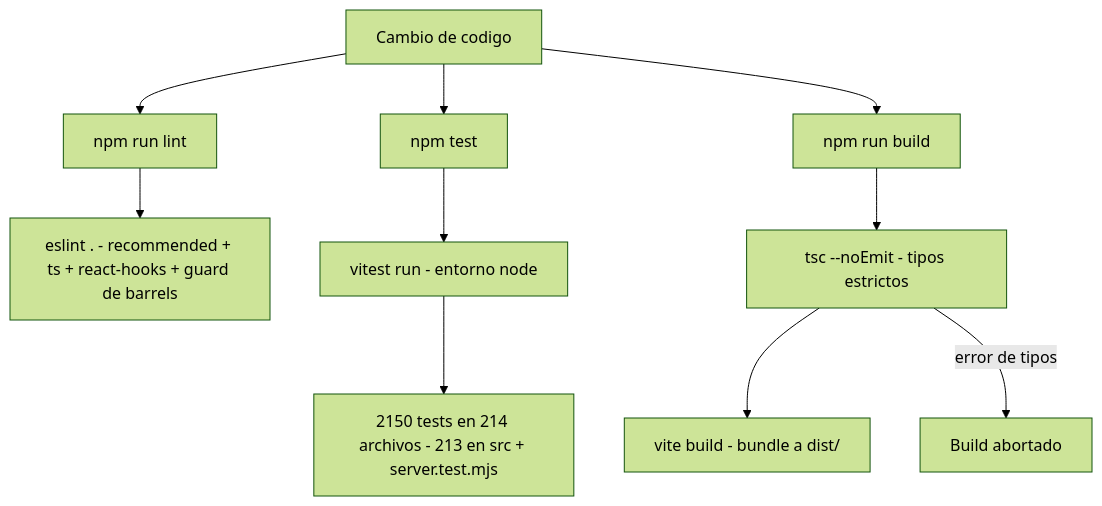
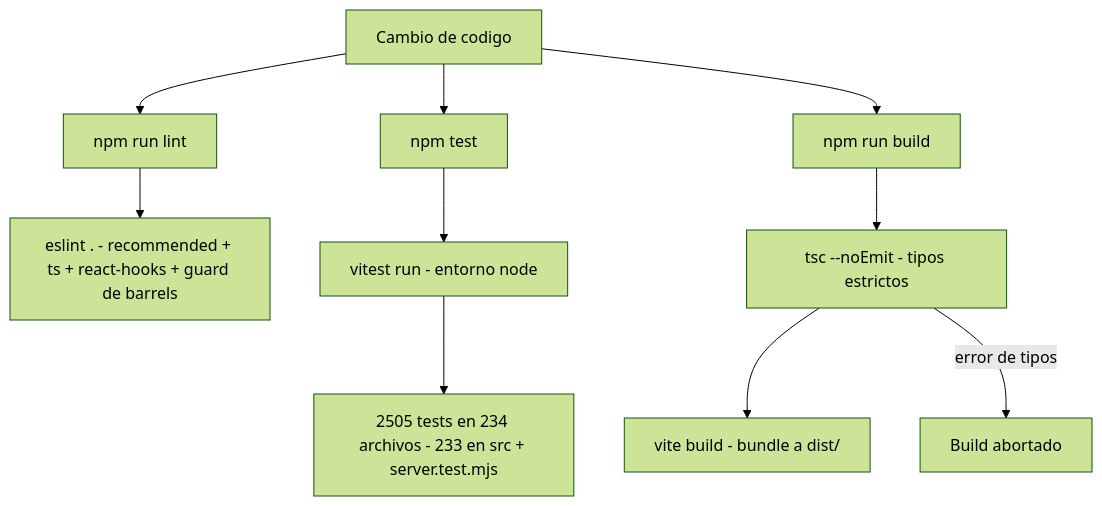
The first of 3 diagrams in doc/testing.md (Carlosmps97/web-data-model-hub), drawn with Mermaid (forest theme) before and after one commit. The commit also changed other lines of this file and 51 other files, not shown here.

````diff
--- a/doc/testing.md
+++ b/doc/testing.md
@@ -152,12 +152,12 @@
 ```mermaid
 flowchart TD
     A[Cambio de codigo] --> B[npm run lint]
     A --> C[npm test]
     A --> D[npm run build]
     B --> B1[eslint . - recommended + ts + react-hooks + guard de barrels]
     C --> C1[vitest run - entorno node]
-    C1 --> C2[2150 tests en 214 archivos - 213 en src + server.test.mjs]
+    C1 --> C2[2505 tests en 234 archivos - 233 en src + server.test.mjs]
     D --> D1[tsc --noEmit - tipos estrictos]
     D1 --> D2[vite build - bundle a dist/]
     D1 -->|error de tipos| X[Build abortado]
 ```
````
